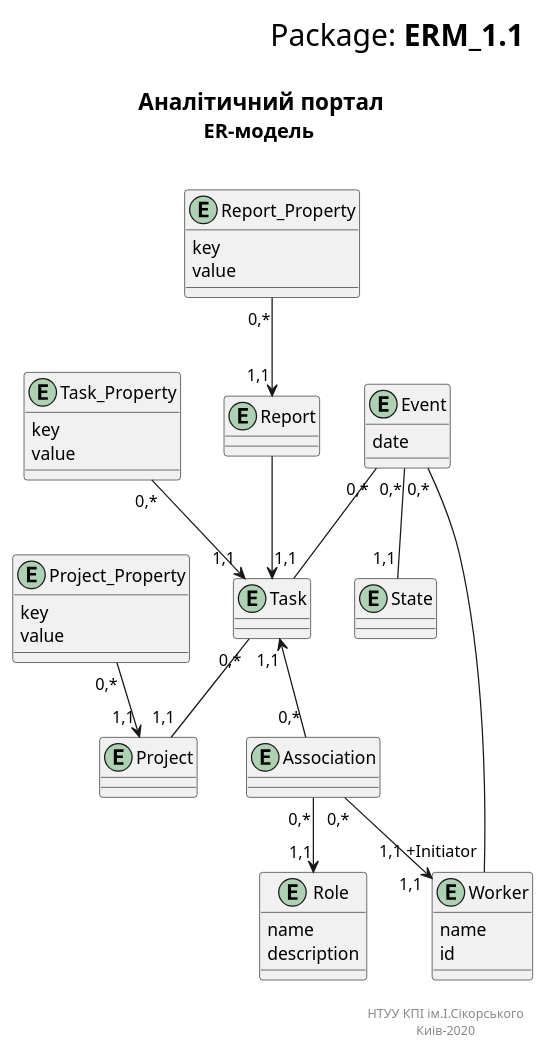
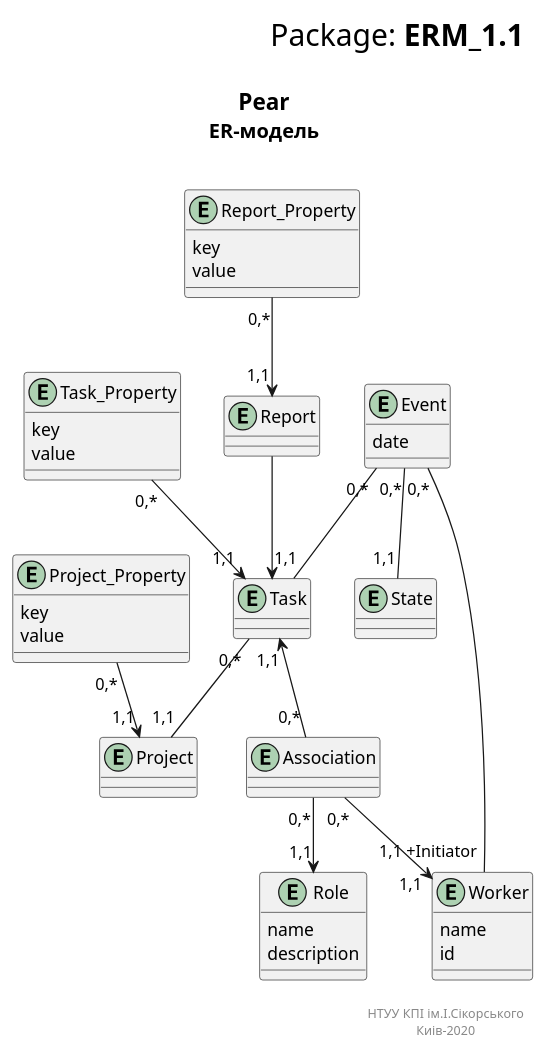
One commit to BohdanShmalko/project_management_system changed the second of 2 diagrams in docs/files/Diagrams/bem_erm.puml. Above: the diagram before and after it, drawn with PlantUML. The commit also changed other lines of this file, not shown here.

```diff
--- a/docs/files/Diagrams/bem_erm.puml
+++ b/docs/files/Diagrams/bem_erm.puml
@@ -87,88 +87,88 @@
-@startuml 
-right header 
-<font size=24 color=black>Package: <b>ERM_1.1 
- 
-end header 
- 
-title 
-<font size=18 color=black>Аналітичний портал 
-<font size=16 color=black>ER-модель  
- 
-end title 
- 
-entity Project { 
-} 
- 
-entity Project_Property { 
- key 
- value 
-} 
- 
-Project_Property "0,*"-->"1,1" Project 
- 
-entity Task { 
-} 
- 
-entity Task_Property { 
- key 
- value 
-} 
- 
- 
-Task_Property "0,*"--> "1,1" Task 
- 
-Task "0,*" -- "1,1" Project 
- 
-entity State { 
-} 
- 
-entity Event{ 
- date 
-} 
- 
-entity Worker { 
- name 
- id 
-} 
- 
- 
-Event "0,*" -- "1,1" Task 
-Event "0,*" -- "1,1" State 
-Event "0,*" -- "1,1 +Initiator" Worker   
- 
-entity Association { 
-} 
- 
- 
-entity Role { 
- name 
- description 
-} 
- 
-Association "0,*" -u-> "1,1" Task 
-Association "0,*" --> "1,1" Worker 
-Association "0,*" --> "1,1" Role 
- 
-entity Report { 
-} 
- 
-entity Report_Property { 
- key 
- value 
-} 
- 
-Report_Property "0,*"--> "1,1" Report 
- 
- 
- 
- 
-Report --> Task 
- 
- 
- 
-right footer 
- 
-НТУУ КПІ ім.І.Сікорського 
-Киів-2020  
-end footer 
+@startuml
+right header
+<font size=24 color=black>Package: <b>ERM_1.1
+
+end header
+
+title
+<font size=18 color=black>Pear
+<font size=16 color=black>ER-модель
+
+end title
+
+entity Project {
+}
+
+entity Project_Property {
+ key
+ value
+}
+
+Project_Property "0,*"-->"1,1" Project
+
+entity Task {
+}
+
+entity Task_Property {
+ key
+ value
+}
+
+
+Task_Property "0,*"--> "1,1" Task
+
+Task "0,*" -- "1,1" Project
+
+entity State {
+}
+
+entity Event{
+ date
+}
+
+entity Worker {
+ name
+ id
+}
+
+
+Event "0,*" -- "1,1" Task
+Event "0,*" -- "1,1" State
+Event "0,*" -- "1,1 +Initiator" Worker
+
+entity Association {
+}
+
+
+entity Role {
+ name
+ description
+}
+
+Association "0,*" -u-> "1,1" Task
+Association "0,*" --> "1,1" Worker
+Association "0,*" --> "1,1" Role
+
+entity Report {
+}
+
+entity Report_Property {
+ key
+ value
+}
+
+Report_Property "0,*"--> "1,1" Report
+
+
+
+
+Report --> Task
+
+
+
+right footer
+
+НТУУ КПІ ім.І.Сікорського
+Киів-2020
+end footer
 @enduml
```
